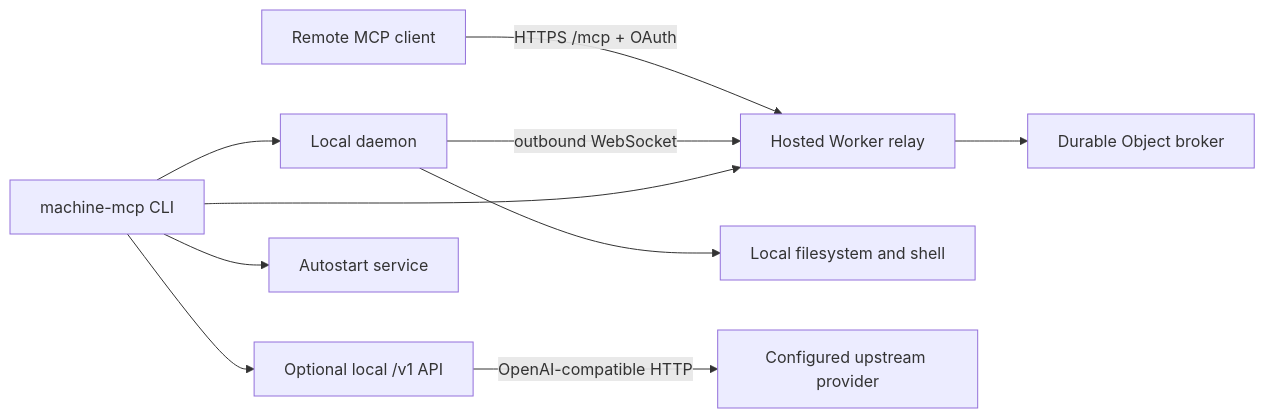
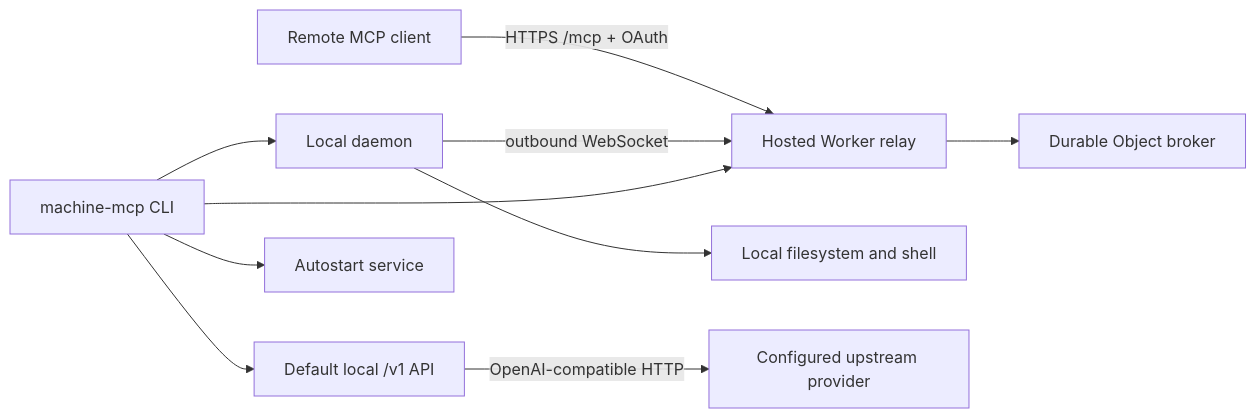
Before and after one commit to YuLeiFuYun/machine-bridge-mcp: the diagram in README.md, drawn with Mermaid. The commit also changed other lines of this file and 7 other files, not shown here.

Commit message:
Enable local API by default

````diff
--- a/README.md
+++ b/README.md
@@ -252,12 +263,12 @@
 ```mermaid
 flowchart LR
   C["Remote MCP client"] -- "HTTPS /mcp + OAuth" --> W["Hosted Worker relay"]
   W --> DO["Durable Object broker"]
   D["Local daemon"] -- "outbound WebSocket" --> W
   D --> M["Local filesystem and shell"]
-  API["Optional local /v1 API"] -- "OpenAI-compatible HTTP" --> U["Configured upstream provider"]
+  API["Default local /v1 API"] -- "OpenAI-compatible HTTP" --> U["Configured upstream provider"]
   CLI["machine-mcp CLI"] --> API
   CLI["machine-mcp CLI"] --> W
   CLI --> D
   CLI --> S["Autostart service"]
 ```
````
